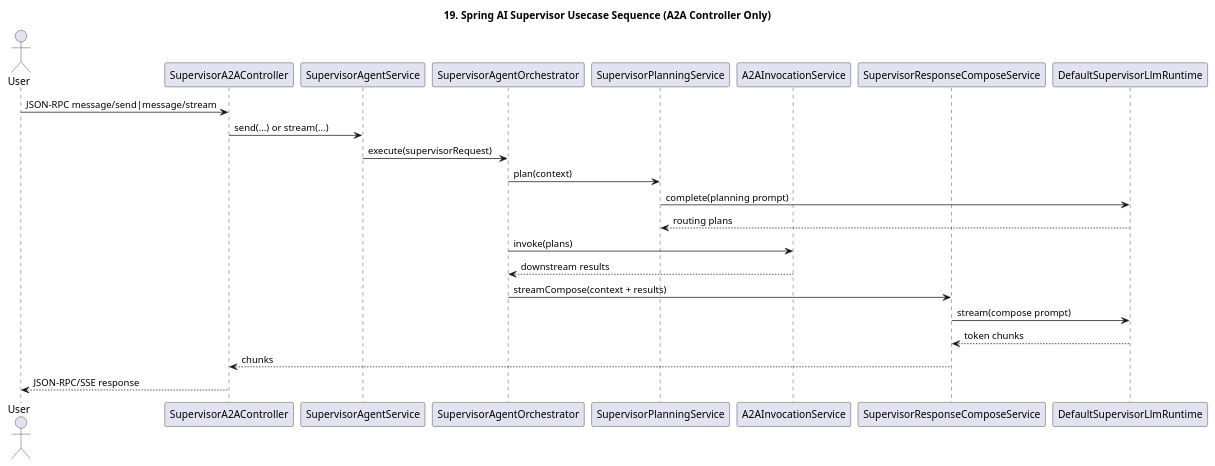
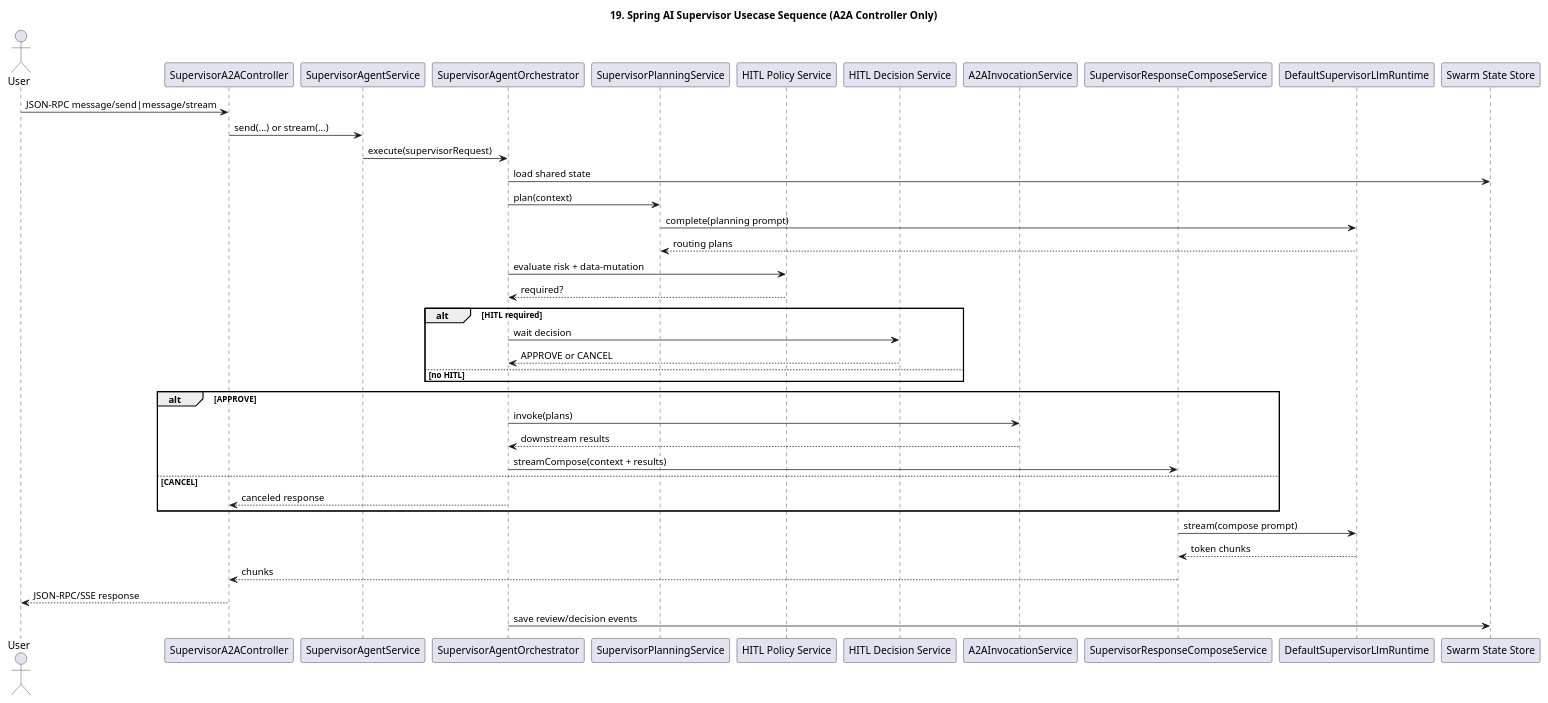
Before and after one commit to kim57uak/spring-ai: the diagram in documents/a2a-host_agent-architecture/19-spring-ai-supervisor-usecase-sequence.puml, drawn with PlantUML. The commit also changed 99 other files, not shown here.

Commit message:
feat: implement supervisor HITL swarm flow and task review updates

```diff
--- a/documents/a2a-host_agent-architecture/19-spring-ai-supervisor-usecase-sequence.puml
+++ b/documents/a2a-host_agent-architecture/19-spring-ai-supervisor-usecase-sequence.puml
@@ -1,30 +1,51 @@
 @startuml
 !pragma layout smetana
 title 19. Spring AI Supervisor Usecase Sequence (A2A Controller Only)
 
 skinparam shadowing false
 
 actor User
 participant "SupervisorA2AController" as Controller
 participant "SupervisorAgentService" as Service
 participant "SupervisorAgentOrchestrator" as Orchestrator
 participant "SupervisorPlanningService" as Planner
+participant "HITL Policy Service" as HitlPolicy
+participant "HITL Decision Service" as HitlDecision
 participant "A2AInvocationService" as Invoker
 participant "SupervisorResponseComposeService" as Composer
 participant "DefaultSupervisorLlmRuntime" as Runtime
+participant "Swarm State Store" as SwarmStore
 
 User -> Controller : JSON-RPC message/send|message/stream
 Controller -> Service : send(...) or stream(...)
 Service -> Orchestrator : execute(supervisorRequest)
+Orchestrator -> SwarmStore : load shared state
 Orchestrator -> Planner : plan(context)
 Planner -> Runtime : complete(planning prompt)
 Runtime --> Planner : routing plans
-Orchestrator -> Invoker : invoke(plans)
-Invoker --> Orchestrator : downstream results
-Orchestrator -> Composer : streamCompose(context + results)
+Orchestrator -> HitlPolicy : evaluate risk + data-mutation
+HitlPolicy --> Orchestrator : required?
+alt HITL required
+  Orchestrator -> HitlDecision : wait decision
+  HitlDecision --> Orchestrator : APPROVE or CANCEL
+else no HITL
+end
+alt APPROVE
+  Orchestrator -> Invoker : invoke(plans)
+  Invoker --> Orchestrator : downstream results
+  Orchestrator -> Composer : streamCompose(context + results)
+else CANCEL
+  Orchestrator --> Controller : canceled response
+end
 Composer -> Runtime : stream(compose prompt)
 Runtime --> Composer : token chunks
 Composer --> Controller : chunks
 Controller --> User : JSON-RPC/SSE response
+Orchestrator -> SwarmStore : save review/decision events
 
+' 2026-04-12 sync with docs 30/31
+' - Scope: HITL decision limited to APPROVE/CANCEL in current phase
+' - Data mutation requests (create/update/delete) require mandatory HITL
+' - A2A compatibility mode keeps both legacy and v1.0 methods
+' - User profile input collection is deferred to next phase
 @enduml
```
